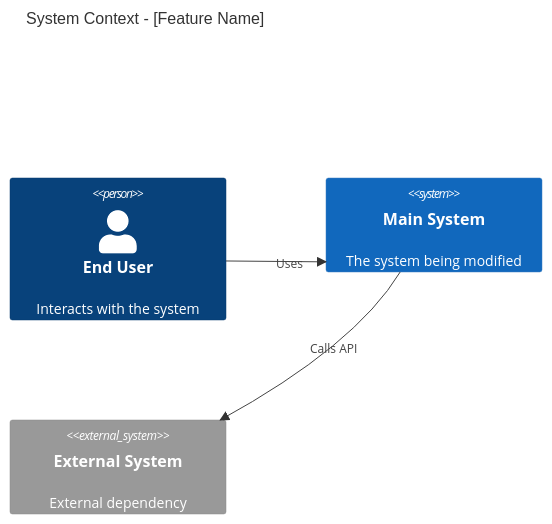
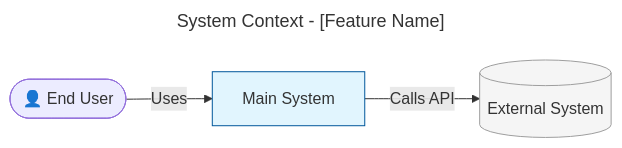
One commit to m2ux/workflow-server changed the first of 8 diagrams in work-package/resources/19-architecture-summary.md. Above: the diagram before and after it, drawn with Mermaid. The commit also changed other lines of this file and 9 other files, not shown here.

First line of the commit message:
feat(workflows): add architecture summary and refactor activities

````diff
--- a/work-package/resources/19-architecture-summary.md
+++ b/work-package/resources/19-architecture-summary.md
@@ -74,13 +99,16 @@
 ```mermaid
-C4Context
-    title System Context - [Feature Name]
+---
+title: System Context - [Feature Name]
+---
+flowchart LR
+    User([👤 End User])
     
-    Person(user, "End User", "Interacts with the system")
+    Main[Main System]
+    External[(External System)]
     
-    System(main, "Main System", "The system being modified")
+    User -->|Uses| Main
+    Main -->|Calls API| External
     
-    System_Ext(external, "External System", "External dependency")
-    
-    Rel(user, main, "Uses")
-    Rel(main, external, "Calls API")
+    style Main fill:#e1f5fe,stroke:#01579b
+    style External fill:#f5f5f5,stroke:#9e9e9e
 ```
````
